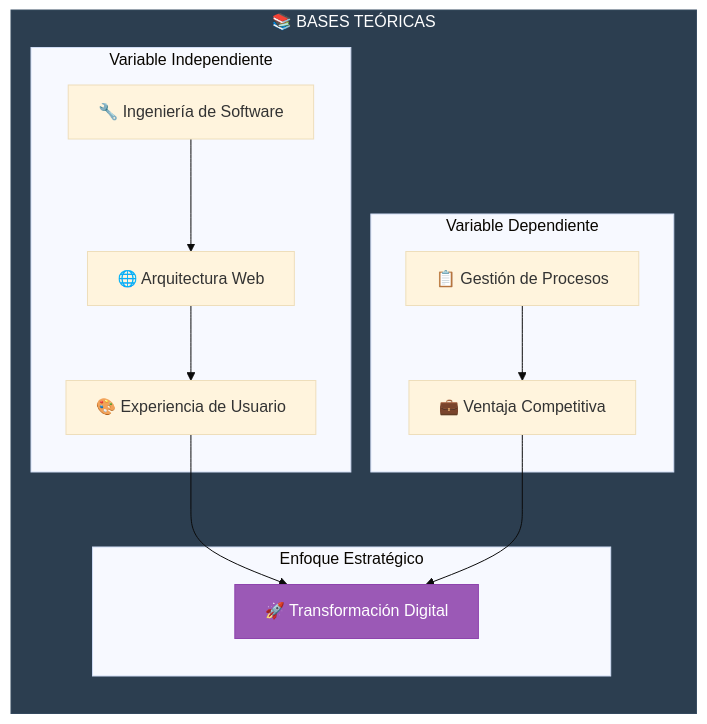
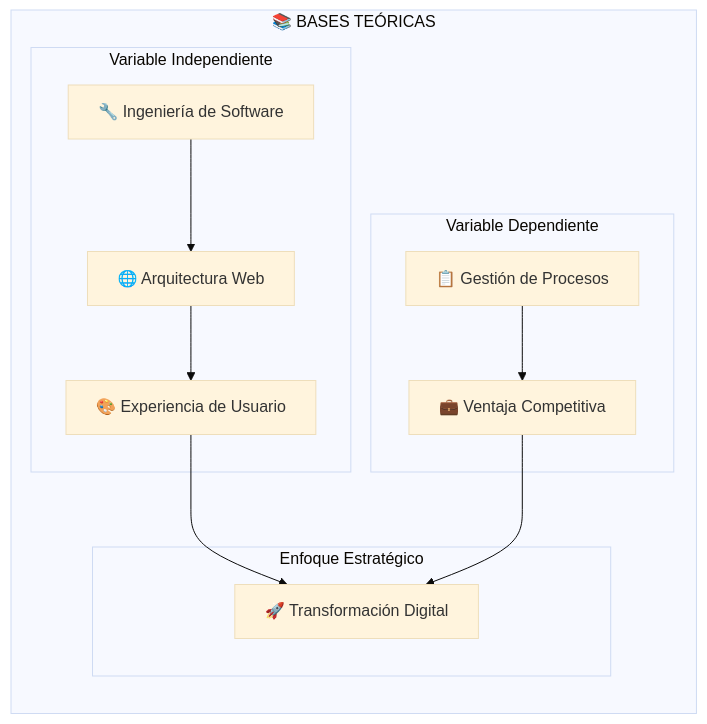
Before and after one commit to decagraff/LCService: the second of 6 diagrams in docs/03-marco-teorico/README.md, drawn with Mermaid (base theme). The commit also changed other lines of this file and 7 other files, not shown here.

````diff
--- a/docs/03-marco-teorico/README.md
+++ b/docs/03-marco-teorico/README.md
@@ -62,30 +59,28 @@
 ```mermaid
 flowchart TB
     subgraph teoria["📚 BASES TEÓRICAS"]
         direction TB
 
         subgraph vi_teoria["Variable Independiente"]
             IS["🔧 Ingeniería de Software"]
             AW["🌐 Arquitectura Web"]
             UX["🎨 Experiencia de Usuario"]
         end
 
         subgraph vd_teoria["Variable Dependiente"]
             GP["📋 Gestión de Procesos"]
             VC["💼 Ventaja Competitiva"]
         end
 
         subgraph enfoque["Enfoque Estratégico"]
             TD["🚀 Transformación Digital"]
         end
     end
 
     IS --> AW
     AW --> UX
     UX --> TD
     GP --> VC
     VC --> TD
 
-    style teoria fill:#2c3e50,stroke:#34495e,color:#fff
-    style TD fill:#9b59b6,stroke:#8e44ad,color:#fff
 ```
````
